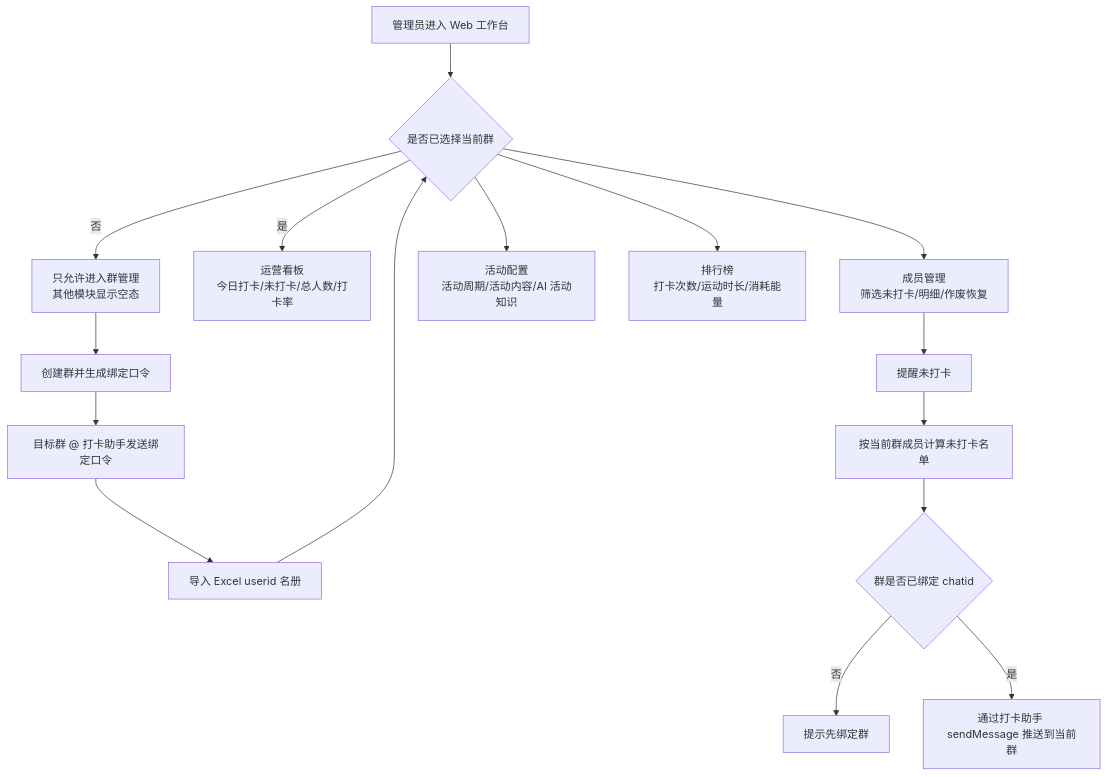
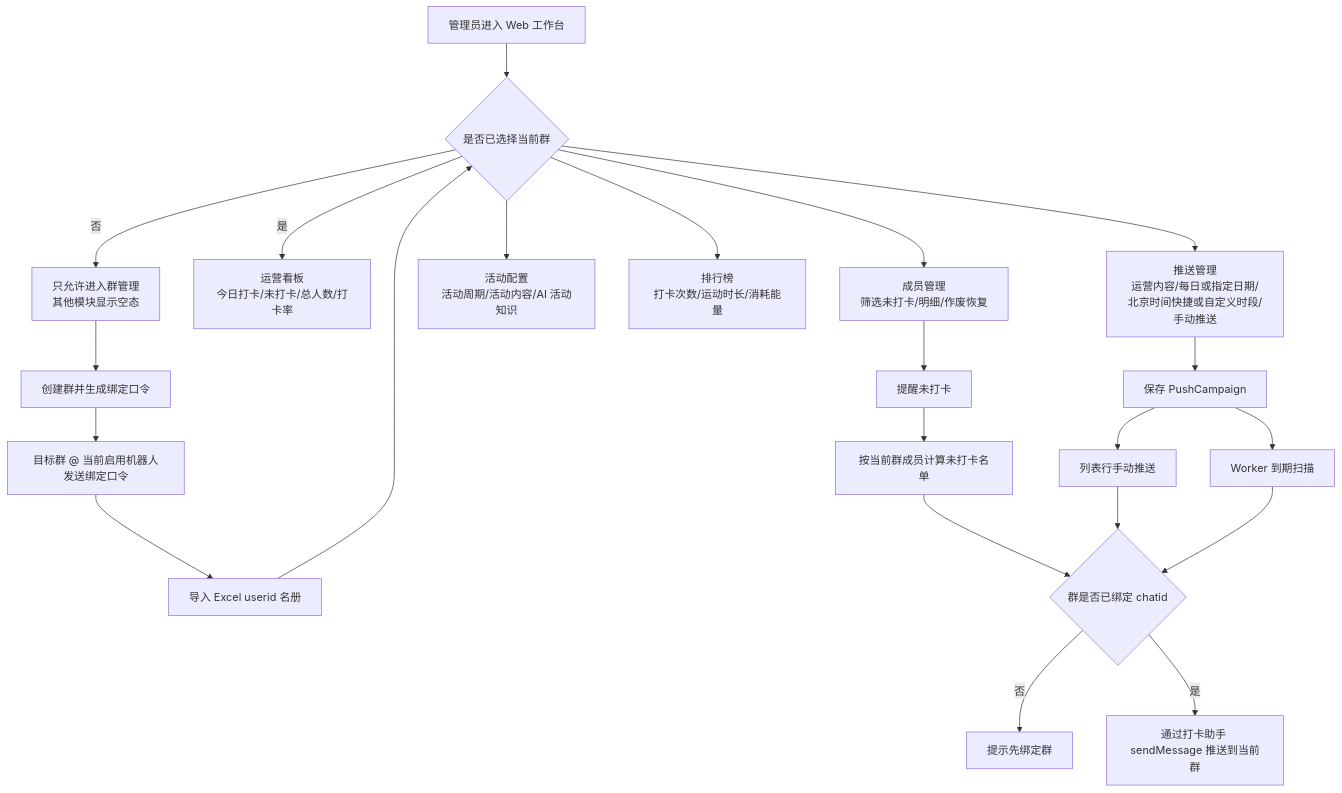
One commit to RossiLc/Project-AI-Fitness-Coach changed the fifth of 5 diagrams in docs/知识库/基础架构.md. Above: the diagram before and after it, drawn with Mermaid. The commit also changed other lines of this file and 51 other files, not shown here.

````diff
--- a/docs/知识库/基础架构.md
+++ b/docs/知识库/基础架构.md
@@ -174,20 +174,27 @@
 ```mermaid
 flowchart TD
   Start["管理员进入 Web 工作台"] --> HasGroup{"是否已选择当前群"}
   HasGroup -->|"否"| GroupEmpty["只允许进入群管理\n其他模块显示空态"]
   GroupEmpty --> CreateGroup["创建群并生成绑定口令"]
-  CreateGroup --> BindInWeCom["目标群 @ 打卡助手发送绑定口令"]
+  CreateGroup --> BindInWeCom["目标群 @ 当前启用机器人发送绑定口令"]
   BindInWeCom --> ImportMembers["导入 Excel userid 名册"]
   ImportMembers --> HasGroup
 
   HasGroup -->|"是"| Dashboard["运营看板\n今日打卡/未打卡/总人数/打卡率"]
   HasGroup --> Members["成员管理\n筛选未打卡/明细/作废恢复"]
   HasGroup --> Activity["活动配置\n活动周期/活动内容/AI 活动知识"]
   HasGroup --> Leaderboard["排行榜\n打卡次数/运动时长/消耗能量"]
+  HasGroup --> PushManage["推送管理\n运营内容/每日或指定日期/北京时间快捷或自定义时段/手动推送"]
 
   Members --> Remind["提醒未打卡"]
   Remind --> Calc["按当前群成员计算未打卡名单"]
   Calc --> ChatId{"群是否已绑定 chatid"}
   ChatId -->|"否"| NeedBind["提示先绑定群"]
   ChatId -->|"是"| Push["通过打卡助手 sendMessage 推送到当前群"]
+
+  PushManage --> SavePush["保存 PushCampaign"]
+  SavePush --> PushNow["列表行手动推送"]
+  SavePush --> DueJob["Worker 到期扫描"]
+  PushNow --> ChatId
+  DueJob --> ChatId
 ```
````
